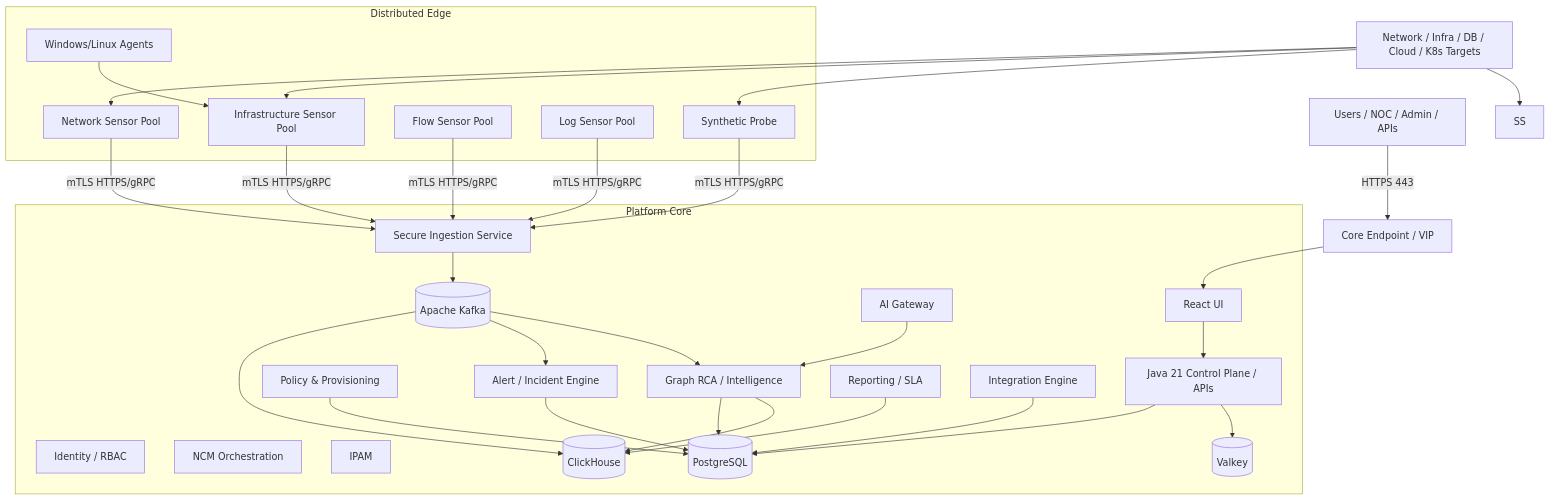
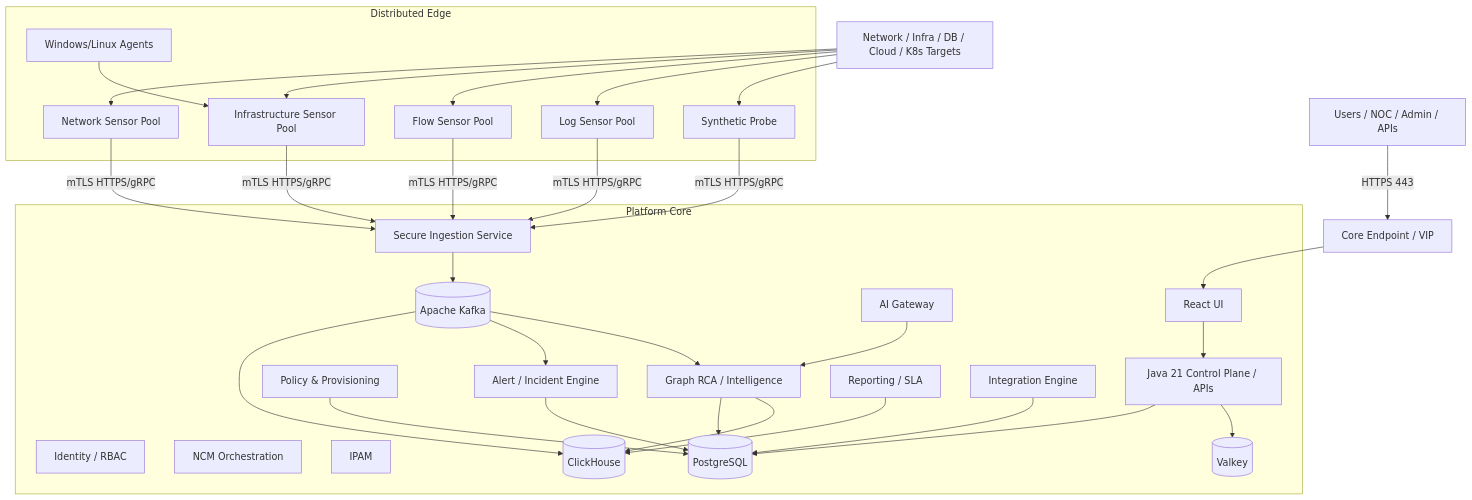
Before and after one commit to gagandsm-max/platform: the first of 10 diagrams in project_documentation/Platform_03_Architecture.md, drawn with Mermaid.

Commit message:
docs: fix dedicated Sensor architecture diagram

````diff
--- a/project_documentation/Platform_03_Architecture.md
+++ b/project_documentation/Platform_03_Architecture.md
@@ -61,60 +61,61 @@
 ```mermaid
 flowchart TB
     U[Users / NOC / Admin / APIs] -->|HTTPS 443| CE[Core Endpoint / VIP]
 
     subgraph CORE[Platform Core]
       UI[React UI]
       API[Java 21 Control Plane / APIs]
       ING[Secure Ingestion Service]
       POL[Policy & Provisioning]
       IAM[Identity / RBAC]
       ALT[Alert / Incident Engine]
       RCA[Graph RCA / Intelligence]
       RPT[Reporting / SLA]
       INT[Integration Engine]
       NCM[NCM Orchestration]
       IPAM[IPAM]
       AI[AI Gateway]
       PG[(PostgreSQL)]
       CH[(ClickHouse)]
       K[(Apache Kafka)]
       V[(Valkey)]
     end
 
     CE --> UI
     UI --> API
     API --> PG
     API --> V
     ING --> K
     K --> CH
     K --> ALT
     K --> RCA
     POL --> PG
     ALT --> PG
     RCA --> PG
     RCA --> CH
     RPT --> CH
     INT --> PG
     AI --> RCA
 
     subgraph EDGE[Distributed Edge]
       NS[Network Sensor Pool]
       IS[Infrastructure Sensor Pool]
       FS[Flow Sensor Pool]
       LS[Log Sensor Pool]
       SP[Synthetic Probe]
       AG[Windows/Linux Agents]
     end
 
     NS -->|mTLS HTTPS/gRPC| ING
     IS -->|mTLS HTTPS/gRPC| ING
     FS -->|mTLS HTTPS/gRPC| ING
     LS -->|mTLS HTTPS/gRPC| ING
     SP -->|mTLS HTTPS/gRPC| ING
     AG --> IS
 
     DEV[Network / Infra / DB / Cloud / K8s Targets] --> NS
     DEV --> IS
-    DEV --> SS
+    DEV --> FS
+    DEV --> LS
     DEV --> SP
 ```
````
